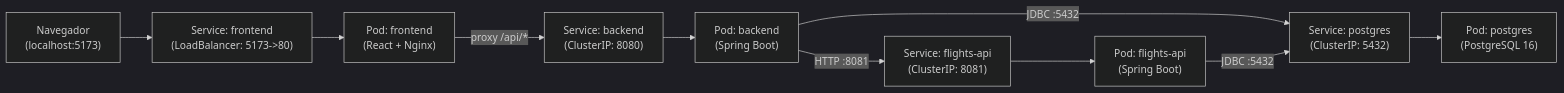
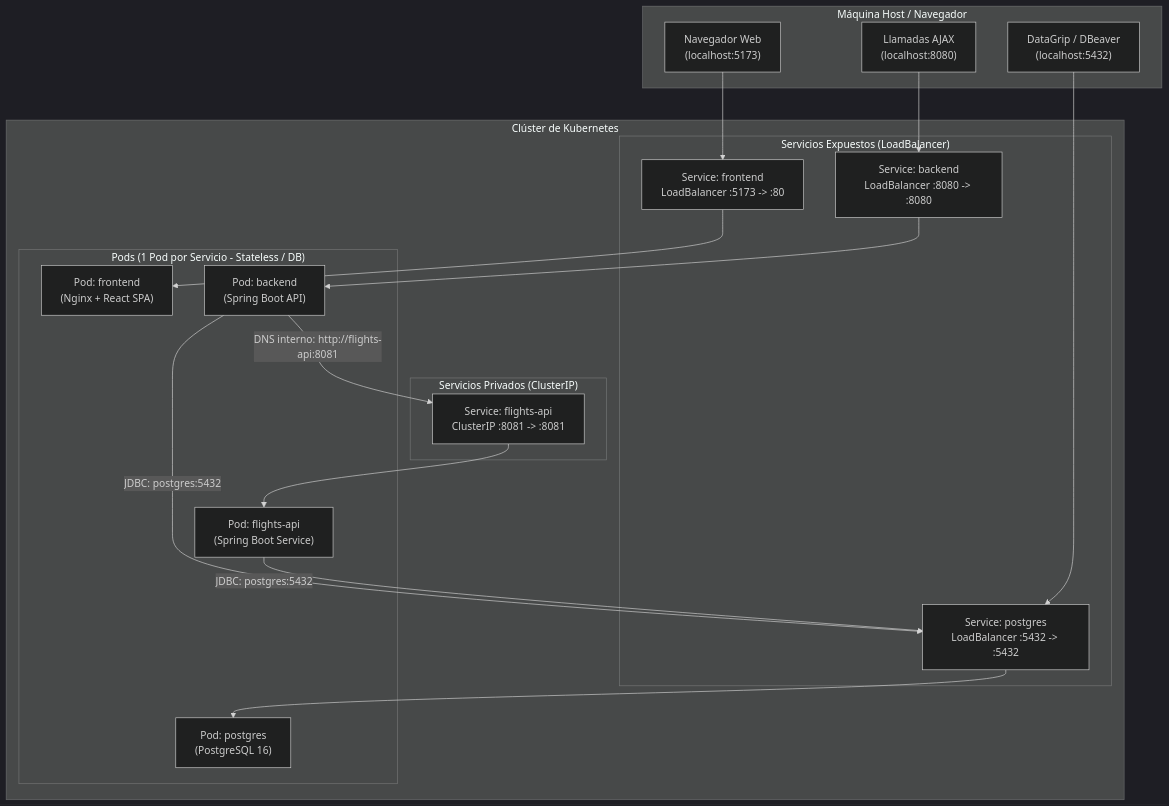
One commit to PDes2026C2/kube changed the diagram in README.md. Above: the diagram before and after it, drawn with Mermaid (dark theme). The commit also changed other lines of this file, not shown here.

Commit message:
docs: actualizar README con arquitectura LoadBalancer/Always

````diff
--- a/README.md
+++ b/README.md
@@ -9,12 +9,35 @@
 ```mermaid
-flowchart LR
-    Browser["Navegador\n(localhost:5173)"] --> FE_SVC["Service: frontend\n(LoadBalancer: 5173->80)"]
-    FE_SVC --> FE["Pod: frontend\n(React + Nginx)"]
-    FE -- "proxy /api/*" --> BE_SVC["Service: backend\n(ClusterIP: 8080)"]
-    BE_SVC --> BE["Pod: backend\n(Spring Boot)"]
-    BE -- "HTTP :8081" --> FL_SVC["Service: flights-api\n(ClusterIP: 8081)"]
-    FL_SVC --> FL["Pod: flights-api\n(Spring Boot)"]
-    BE -- "JDBC :5432" --> DB_SVC["Service: postgres\n(ClusterIP: 5432)"]
-    FL -- "JDBC :5432" --> DB_SVC
-    DB_SVC --> DB["Pod: postgres\n(PostgreSQL 16)"]
+flowchart TD
+    subgraph Host ["Máquina Host / Navegador"]
+        Browser["Navegador Web\n(localhost:5173)"]
+        BrowserAPI["Llamadas AJAX\n(localhost:8080)"]
+        DBClient["DataGrip / DBeaver\n(localhost:5432)"]
+    end
+
+    subgraph K8s ["Clúster de Kubernetes"]
+        subgraph IngressLayer ["Servicios Expuestos (LoadBalancer)"]
+            FE_SVC["Service: frontend\nLoadBalancer :5173 -> :80"]
+            BE_SVC["Service: backend\nLoadBalancer :8080 -> :8080"]
+            PG_SVC["Service: postgres\nLoadBalancer :5432 -> :5432"]
+        end
+
+        subgraph PodLayer ["Pods (1 Pod por Servicio - Stateless / DB)"]
+            FE_POD["Pod: frontend\n(Nginx + React SPA)"]
+            BE_POD["Pod: backend\n(Spring Boot API)"]
+            PG_POD["Pod: postgres\n(PostgreSQL 16)"]
+            FL_POD["Pod: flights-api\n(Spring Boot Service)"]
+        end
+
+        subgraph InternalLayer ["Servicios Privados (ClusterIP)"]
+            FL_SVC["Service: flights-api\nClusterIP :8081 -> :8081"]
+        end
+    end
+
+    Browser --> FE_SVC --> FE_POD
+    BrowserAPI --> BE_SVC --> BE_POD
+    DBClient --> PG_SVC --> PG_POD
+
+    BE_POD -- "DNS interno: http://flights-api:8081" --> FL_SVC --> FL_POD
+    BE_POD -- "JDBC: postgres:5432" --> PG_SVC
+    FL_POD -- "JDBC: postgres:5432" --> PG_SVC
 ```
````
